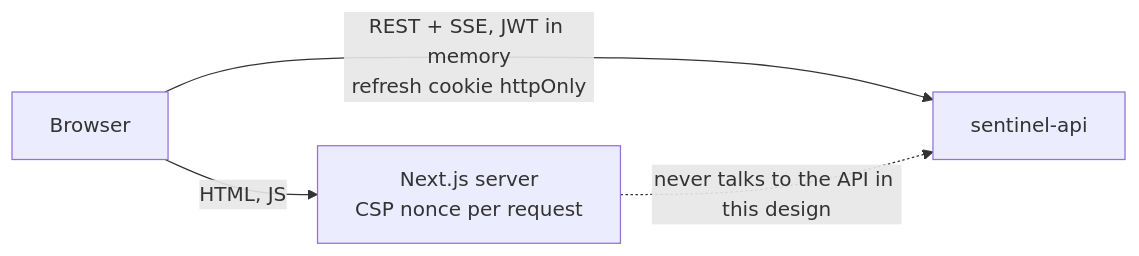
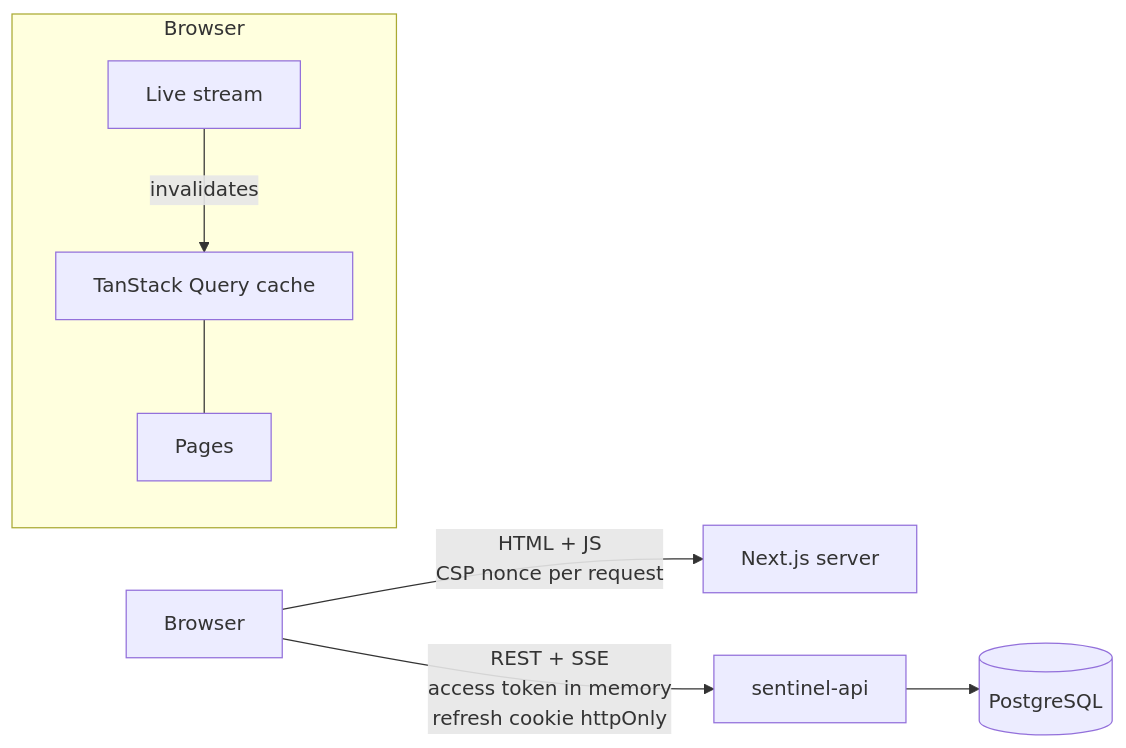
Before and after one commit to MundatiC/sentinel-dashboard: the diagram in README.md, drawn with Mermaid. The commit also changed other lines of this file and 30 other files, not shown here.

````diff
--- a/README.md
+++ b/README.md
@@ -27,6 +58,10 @@
 ```mermaid
 flowchart LR
-  B[Browser] -->|HTML, JS| N[Next.js server<br/>CSP nonce per request]
-  B -->|REST + SSE, JWT in memory<br/>refresh cookie httpOnly| A[sentinel-api]
-  N -. never talks to the API in this design .-> A
+  B[Browser] -->|HTML + JS<br/>CSP nonce per request| N[Next.js server]
+  B -->|REST + SSE<br/>access token in memory<br/>refresh cookie httpOnly| A[sentinel-api]
+  subgraph Browser
+    Q[TanStack Query cache] --- UI[Pages]
+    L[Live stream] -->|invalidates| Q
+  end
+  A --> P[(PostgreSQL)]
 ```
````
